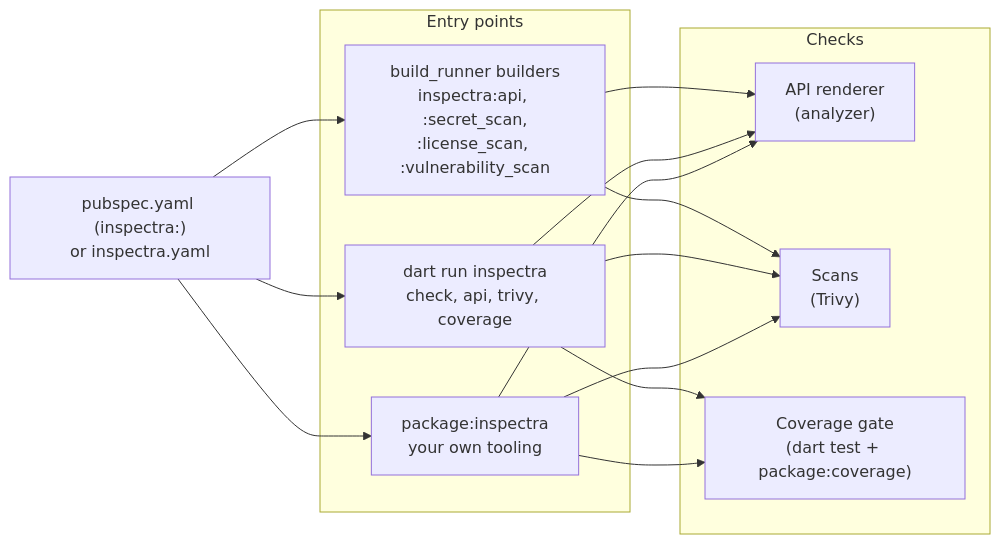
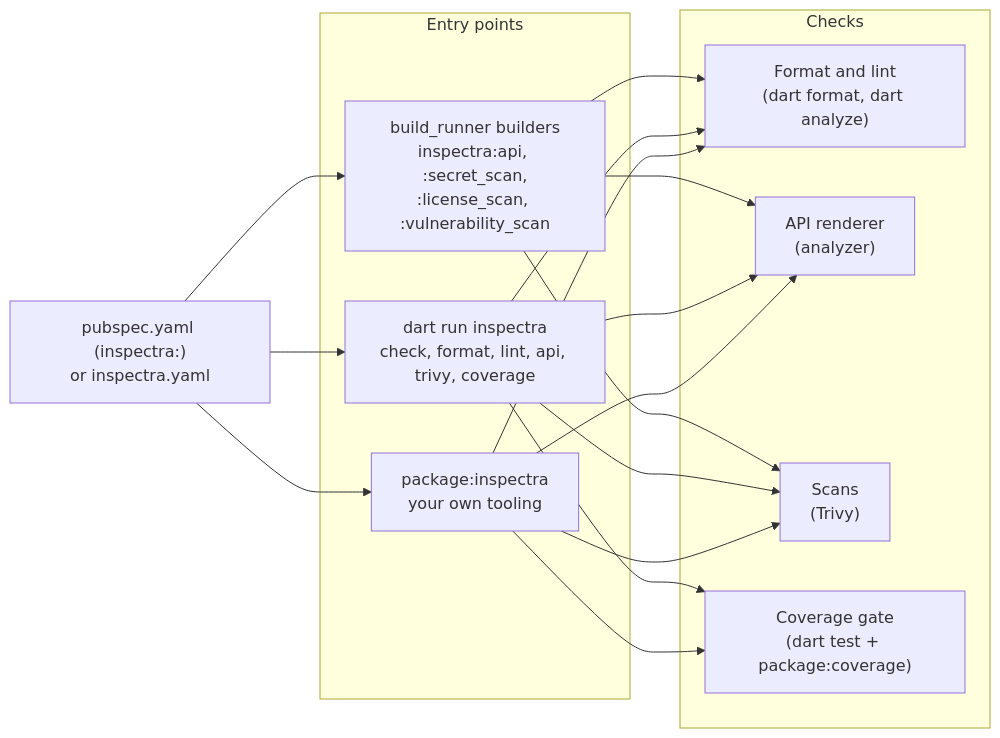
The first of 3 diagrams in docs/topics/How-It-Works.md (Dev-Redtronics/Inspectra), drawn with Mermaid before and after one commit. The commit also changed other lines of this file and 24 other files, not shown here.

First line of the commit message:
docs: document the format and lint checks

````diff
--- a/docs/topics/How-It-Works.md
+++ b/docs/topics/How-It-Works.md
@@ -14,25 +14,29 @@
 ```mermaid
 flowchart LR
     config["pubspec.yaml (inspectra:)<br/>or inspectra.yaml"]
     subgraph entry["Entry points"]
         builders["build_runner builders<br/>inspectra:api, :secret_scan,<br/>:license_scan, :vulnerability_scan"]
-        cli["dart run inspectra<br/>check, api, trivy, coverage"]
+        cli["dart run inspectra<br/>check, format, lint, api, trivy, coverage"]
         library["package:inspectra<br/>your own tooling"]
     end
     subgraph checks["Checks"]
+        quality["Format and lint<br/>(dart format, dart analyze)"]
         api["API renderer<br/>(analyzer)"]
         scans["Scans<br/>(Trivy)"]
         coverage["Coverage gate<br/>(dart test + package:coverage)"]
     end
     config --> builders
     config --> cli
     config --> library
+    builders --> quality
     builders --> api
     builders --> scans
+    cli --> quality
     cli --> api
     cli --> scans
     cli --> coverage
+    library --> quality
     library --> api
     library --> scans
     library --> coverage
 ```
````
